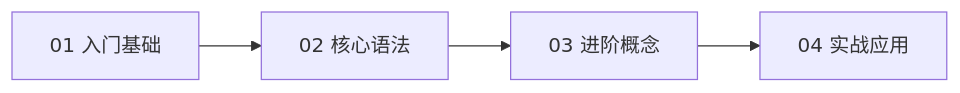
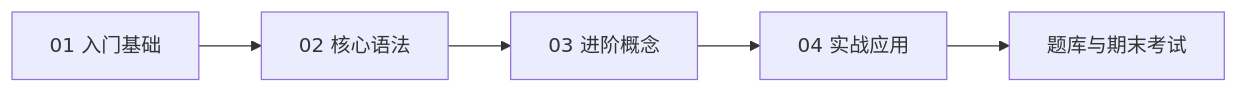
The diagram in languages/cpp/README.md (xiangjl623/Coder), drawn with Mermaid before and after one commit. The commit also changed other lines of this file and 5 other files, not shown here.

````diff
--- a/languages/cpp/README.md
+++ b/languages/cpp/README.md
@@ -13,6 +13,7 @@
 ```mermaid
 flowchart LR
     A[01 入门基础] --> B[02 核心语法]
     B --> C[03 进阶概念]
     C --> D[04 实战应用]
+    D --> E[题库与期末考试]
 ```
````
